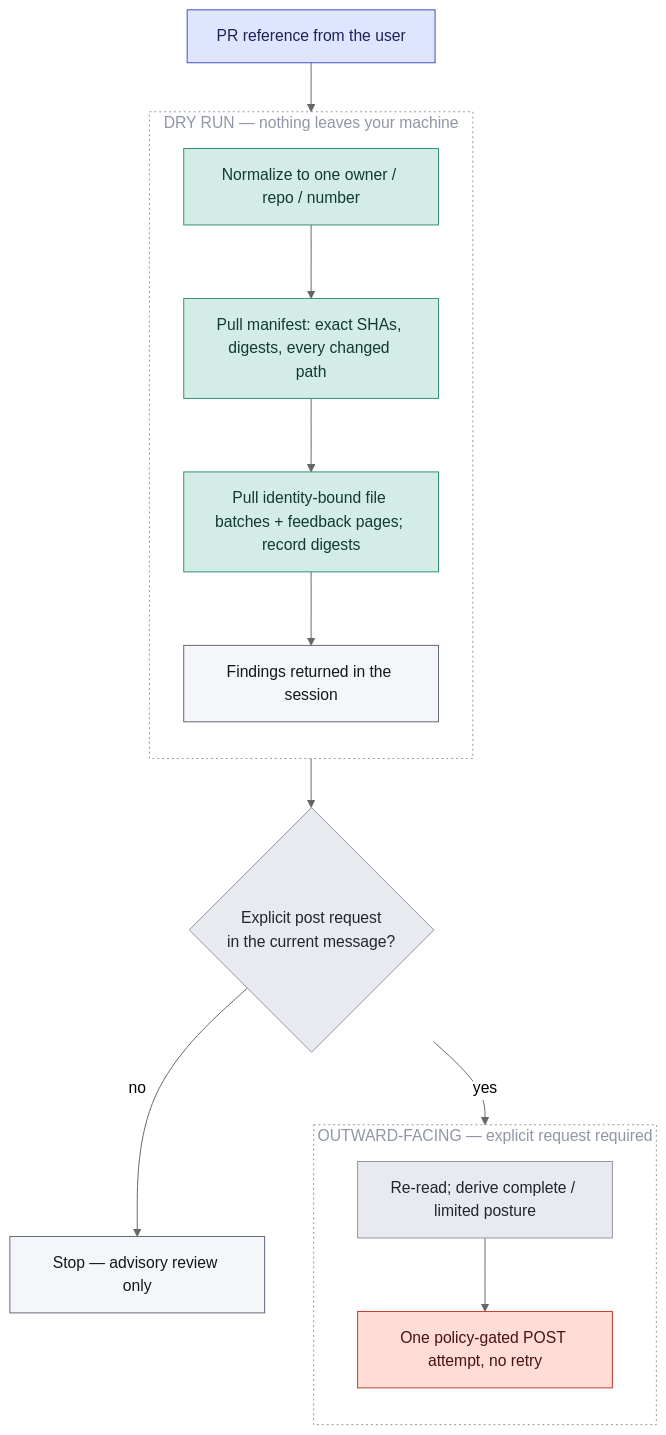
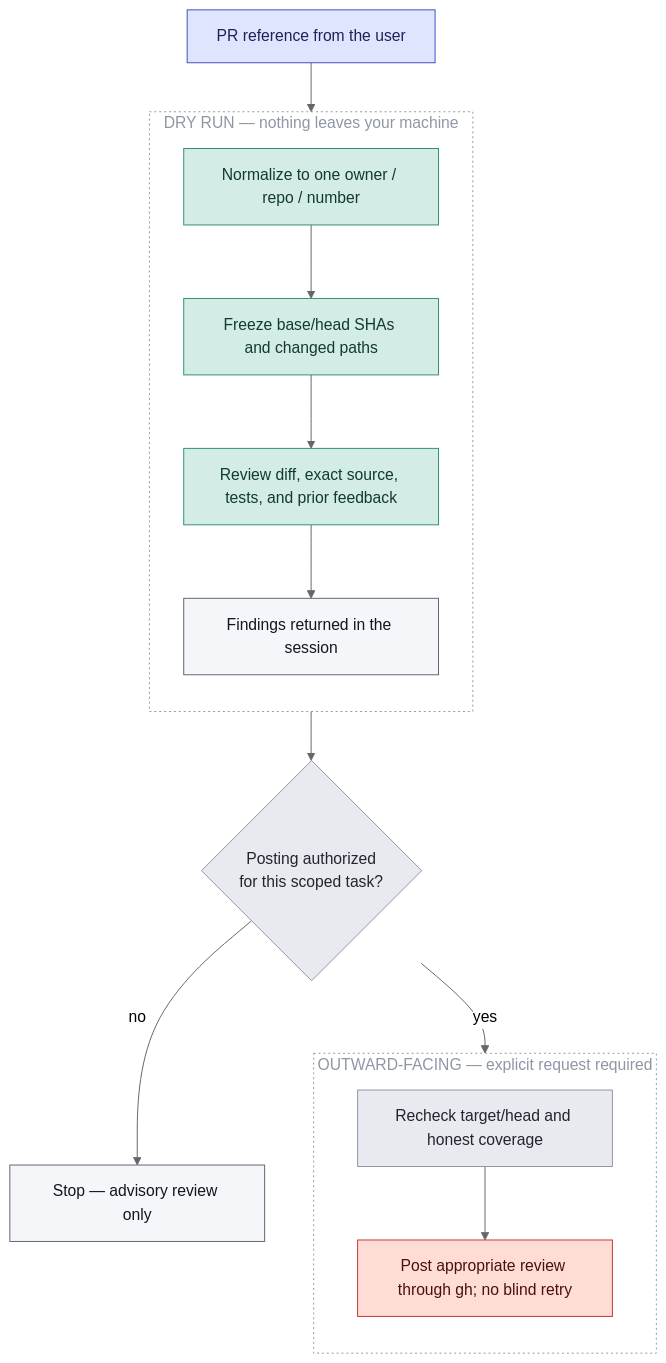
One commit to sean35mm/naru-opencode changed the diagram in docs/src/content/docs/workflows/review-lane.md. Above: the diagram before and after it, drawn with Mermaid (neutral theme). The commit also changed other lines of this file and 7 other files, not shown here.

First line of the commit message:
feat(review): simplify requested GitHub review posting

````diff
--- a/docs/src/content/docs/workflows/review-lane.md
+++ b/docs/src/content/docs/workflows/review-lane.md
@@ -12,34 +12,34 @@
 ```mermaid
 flowchart TB
   A["PR reference from the user"]:::entry
 
   subgraph dry["DRY RUN — nothing leaves your machine"]
     direction TB
     B["Normalize to one owner / repo / number"]:::read
-    C["Pull manifest: exact SHAs, digests, every changed path"]:::read
-    D["Pull identity-bound file batches + feedback pages; record digests"]:::read
+    C["Freeze base/head SHAs and changed paths"]:::read
+    D["Review diff, exact source, tests, and prior feedback"]:::read
     R["Findings returned in the session"]:::result
   end
 
-  E{"Explicit post request<br/>in the current message?"}:::check
+  E{"Posting authorized<br/>for this scoped task?"}:::check
   F["Stop — advisory review only"]:::result
 
   subgraph post["OUTWARD-FACING — explicit request required"]
     direction TB
-    G["Re-read; derive complete / limited posture"]:::check
-    H["One policy-gated POST attempt, no retry"]:::danger
+    G["Recheck target/head and honest coverage"]:::check
+    H["Post appropriate review through gh; no blind retry"]:::danger
   end
 
   A --> B --> C --> D --> R --> E
   E -->|no| F
   E -->|yes| G --> H
 
   style dry fill:none,stroke:#8f96a5,stroke-dasharray:2 3,color:#8f96a5
   style post fill:none,stroke:#8f96a5,stroke-dasharray:2 3,color:#8f96a5
 
   classDef entry fill:#dfe4ff,stroke:#3f4fbe,color:#1b2456
   classDef read fill:#d3ece5,stroke:#2f8f78,color:#123a31
   classDef check fill:#e8eaf0,stroke:#8f96a5,color:#22252e
   classDef danger fill:#ffdcd6,stroke:#c0392b,color:#4a120c
   classDef result fill:#f5f6fa,stroke:#5f6675,color:#14161d
 ```
````
